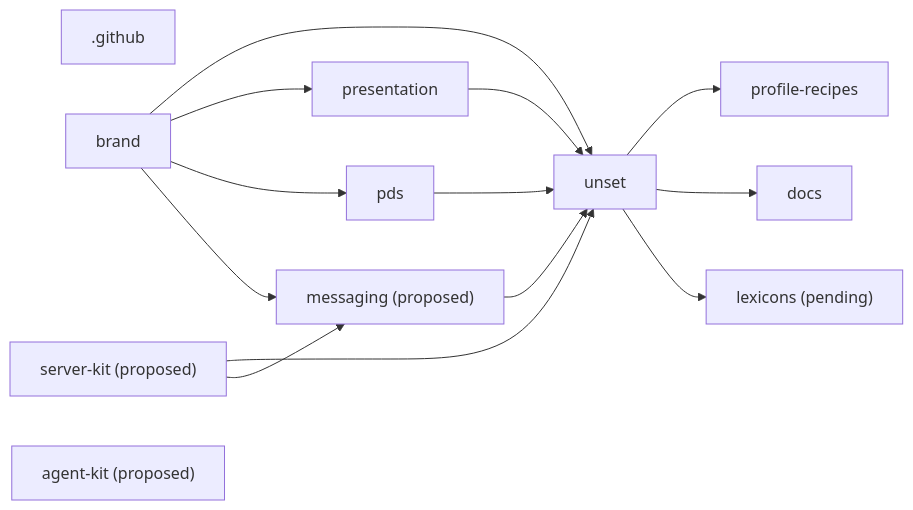
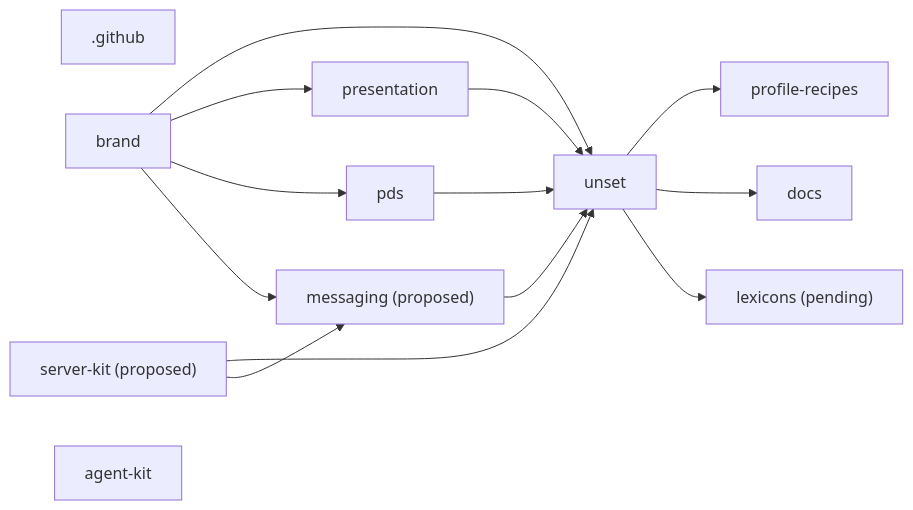
The diagram in MAP.md (unset-sh/.github), drawn with Mermaid before and after one commit. The commit also changed other lines of this file and 1 other file, not shown here.

First line of the commit message:
Mark agent-kit active

````diff
--- a/MAP.md
+++ b/MAP.md
@@ -31,26 +31,26 @@
 ```mermaid
 flowchart LR
   r_unset["unset"]
   r__github[".github"]
   r_brand["brand"]
   r_presentation["presentation"]
   r_profile_recipes["profile-recipes"]
   r_docs["docs"]
   r_pds["pds"]
   r_lexicons["lexicons (pending)"]
   r_messaging["messaging (proposed)"]
   r_server_kit["server-kit (proposed)"]
-  r_agent_kit["agent-kit (proposed)"]
+  r_agent_kit["agent-kit"]
   r_brand --> r_unset
   r_presentation --> r_unset
   r_messaging --> r_unset
   r_server_kit --> r_unset
   r_pds --> r_unset
   r_brand --> r_presentation
   r_unset --> r_profile_recipes
   r_unset --> r_docs
   r_brand --> r_pds
   r_unset --> r_lexicons
   r_brand --> r_messaging
   r_server_kit --> r_messaging
 ```
````
